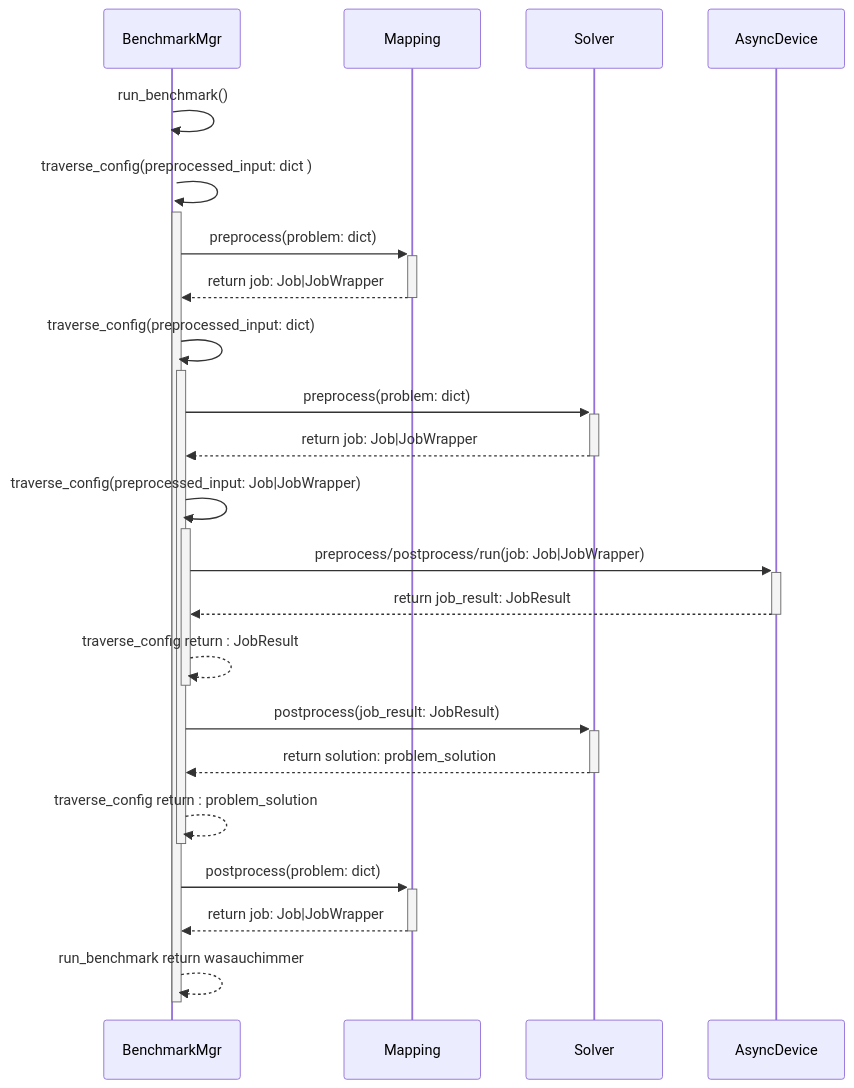
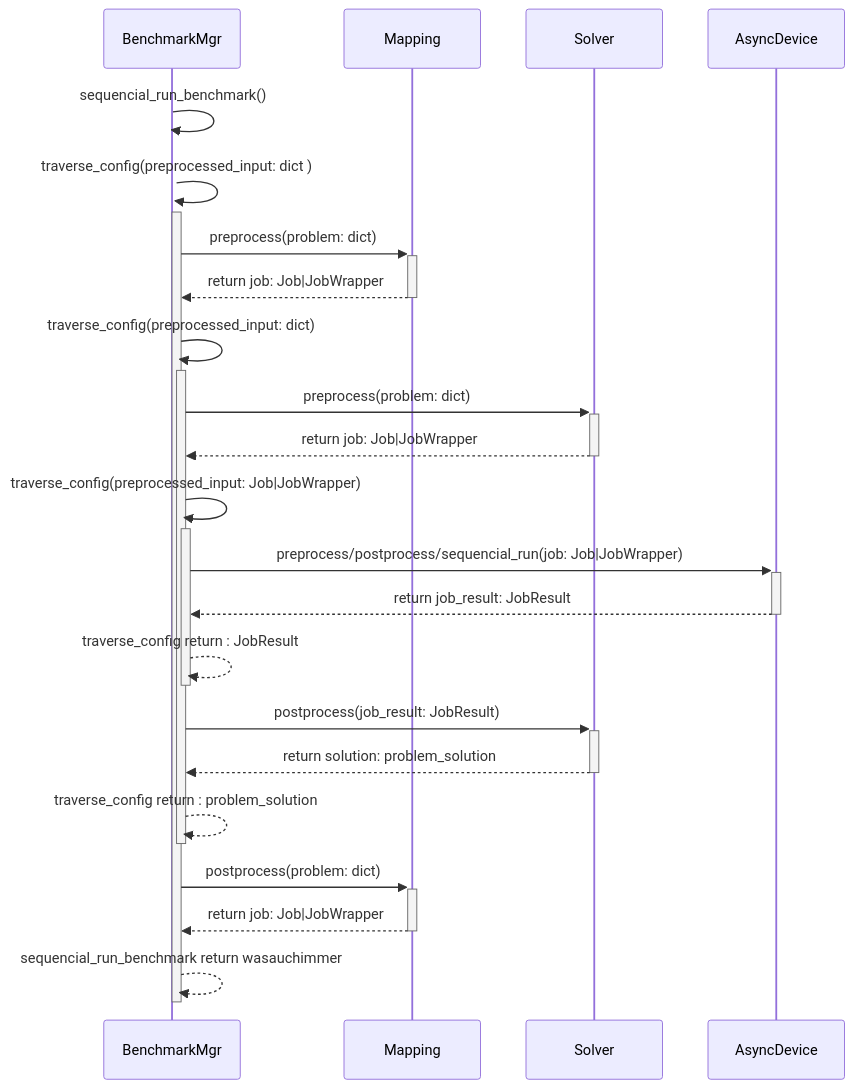
Before and after one commit to QUARK-framework/QUARK: the second of 3 diagrams in src/parallel/anyModule.md, drawn with Mermaid. The commit also changed other lines of this file, not shown here.

Commit message:
update sequence diagram

````diff
--- a/src/parallel/anyModule.md
+++ b/src/parallel/anyModule.md
@@ -39,45 +61,45 @@
 ```mermaid
 sequenceDiagram
 participant BM as BenchmarkMgr
 
 participant MA as Mapping
 participant SO as Solver
 participant AD as AsyncDevice
 
 
 
-BM ->> +BM: run_benchmark()
+BM ->> +BM: sequencial_run_benchmark()
 
 
 BM ->> +BM:traverse_config(preprocessed_input: dict )
 
 
 BM ->> +MA: preprocess(problem: dict)
 MA -->> -BM: return job: Job|JobWrapper
 
 BM ->> +BM:traverse_config(preprocessed_input:  dict)
 BM ->> +SO: preprocess(problem: dict)
 SO -->> -BM: return job: Job|JobWrapper
 
 BM ->> +BM:traverse_config(preprocessed_input: Job|JobWrapper)
-BM ->> +AD: preprocess/postprocess/run(job: Job|JobWrapper)
+BM ->> +AD: preprocess/postprocess/sequencial_run(job: Job|JobWrapper)
 AD -->> -BM: return job_result: JobResult
 
 BM -->> -BM:traverse_config return : JobResult
 
 
 BM ->> +SO: postprocess(job_result: JobResult)
 SO -->> -BM: return solution: problem_solution
 
 BM -->> -BM:traverse_config return : problem_solution
 
 
 
 
 BM ->> +MA: postprocess(problem: dict)
 MA -->> -BM: return job: Job|JobWrapper
 
-BM -->> -BM: run_benchmark return wasauchimmer
+BM -->> -BM: sequencial_run_benchmark return wasauchimmer
 
 
 ```
````
